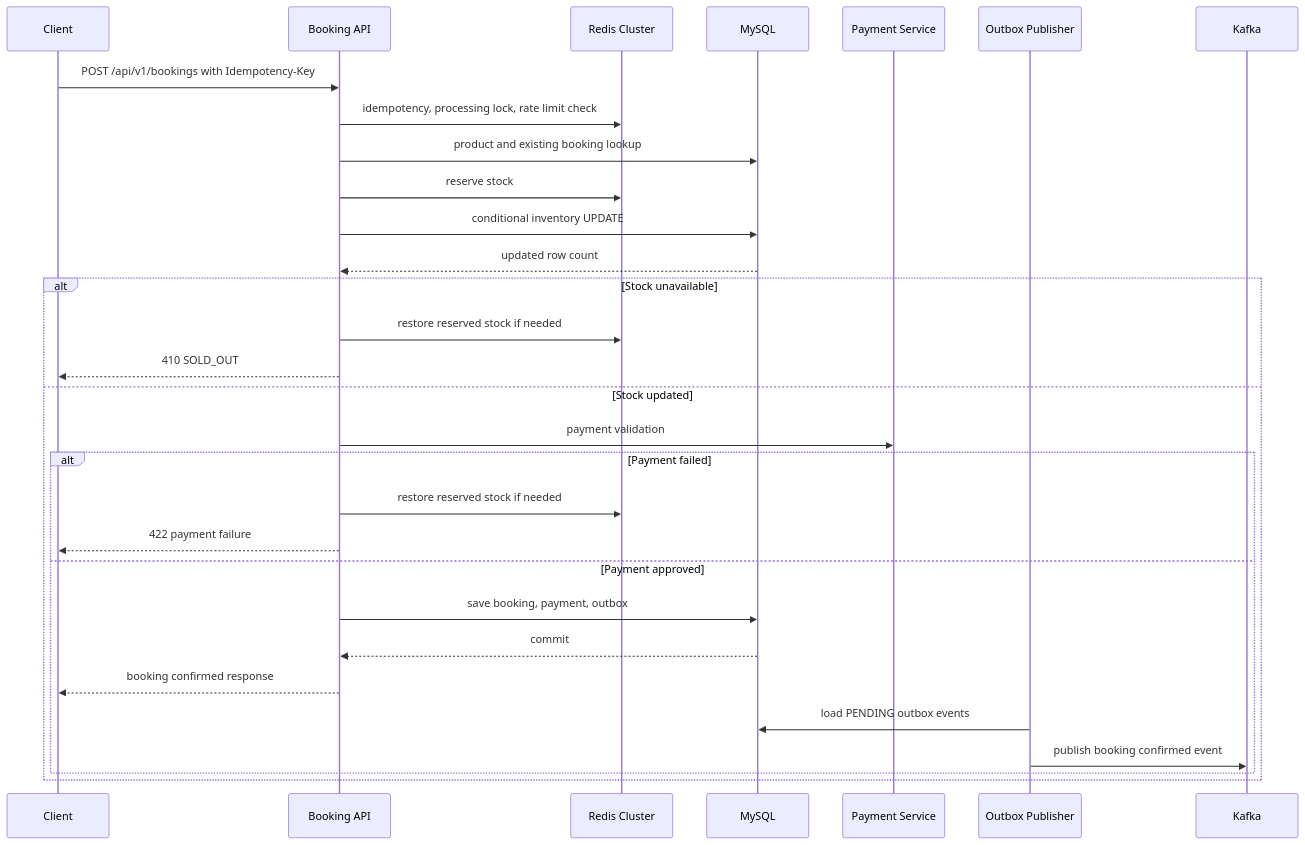
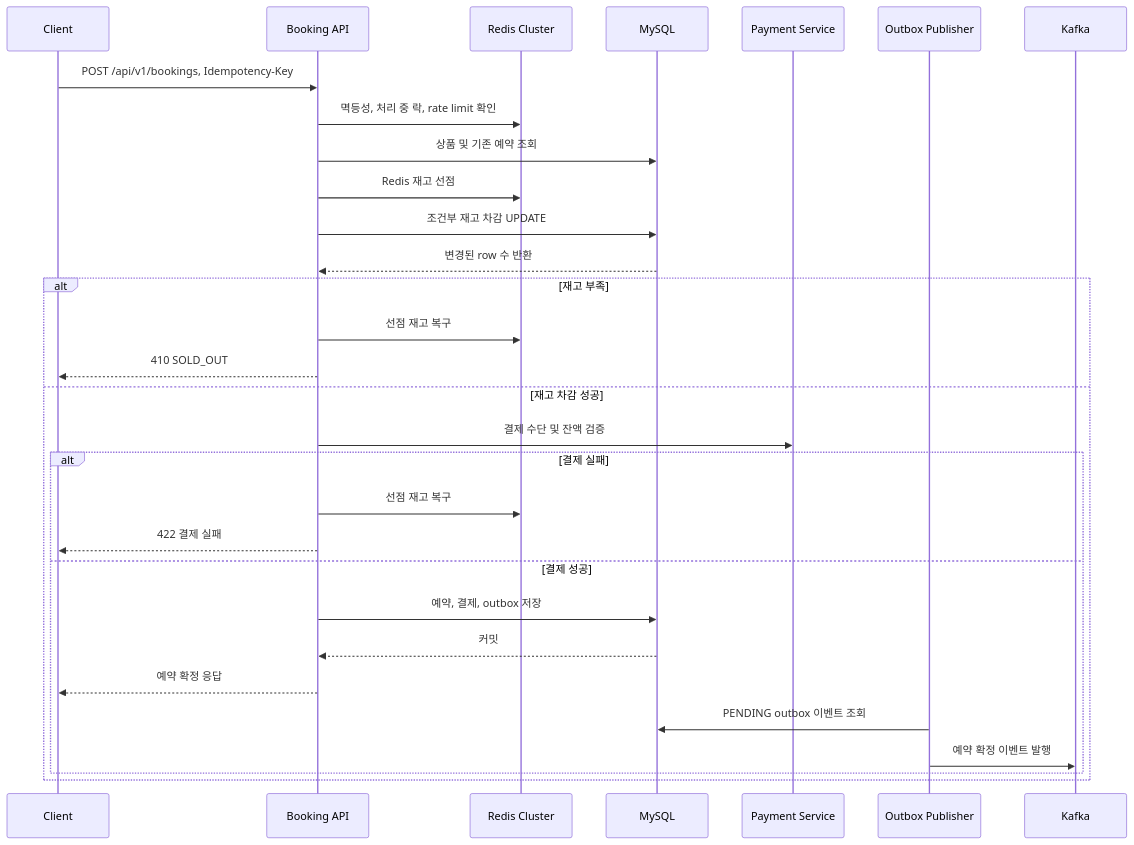
Before and after one commit to mosy2266/limited_reservation_system: the second of 3 diagrams in README.md, drawn with Mermaid. The commit also changed other lines of this file, not shown here.

````diff
--- a/README.md
+++ b/README.md
@@ -60,35 +45,34 @@
 ```mermaid
 sequenceDiagram
     participant C as Client
     participant B as Booking API
     participant R as Redis Cluster
     participant DB as MySQL
     participant P as Payment Service
     participant O as Outbox Publisher
     participant K as Kafka
 
-    C->>B: POST /api/v1/bookings with Idempotency-Key
-    B->>R: idempotency, processing lock, rate limit check
-    B->>DB: product and existing booking lookup
-    B->>R: reserve stock
-    B->>DB: conditional inventory UPDATE
-    DB-->>B: updated row count
+    C->>B: POST /api/v1/bookings, Idempotency-Key
+    B->>R: 멱등성, 처리 중 락, rate limit 확인
+    B->>DB: 상품 및 기존 예약 조회
+    B->>R: Redis 재고 선점
+    B->>DB: 조건부 재고 차감 UPDATE
+    DB-->>B: 변경된 row 수 반환
 
-    alt Stock unavailable
-        B->>R: restore reserved stock if needed
+    alt 재고 부족
+        B->>R: 선점 재고 복구
         B-->>C: 410 SOLD_OUT
-    else Stock updated
-        B->>P: payment validation
-
-        alt Payment failed
-            B->>R: restore reserved stock if needed
-            B-->>C: 422 payment failure
-        else Payment approved
-            B->>DB: save booking, payment, outbox
-            DB-->>B: commit
-            B-->>C: booking confirmed response
-            O->>DB: load PENDING outbox events
-            O->>K: publish booking confirmed event
+    else 재고 차감 성공
+        B->>P: 결제 수단 및 잔액 검증
+        alt 결제 실패
+            B->>R: 선점 재고 복구
+            B-->>C: 422 결제 실패
+        else 결제 성공
+            B->>DB: 예약, 결제, outbox 저장
+            DB-->>B: 커밋
+            B-->>C: 예약 확정 응답
+            O->>DB: PENDING outbox 이벤트 조회
+            O->>K: 예약 확정 이벤트 발행
         end
     end
 ```
````
